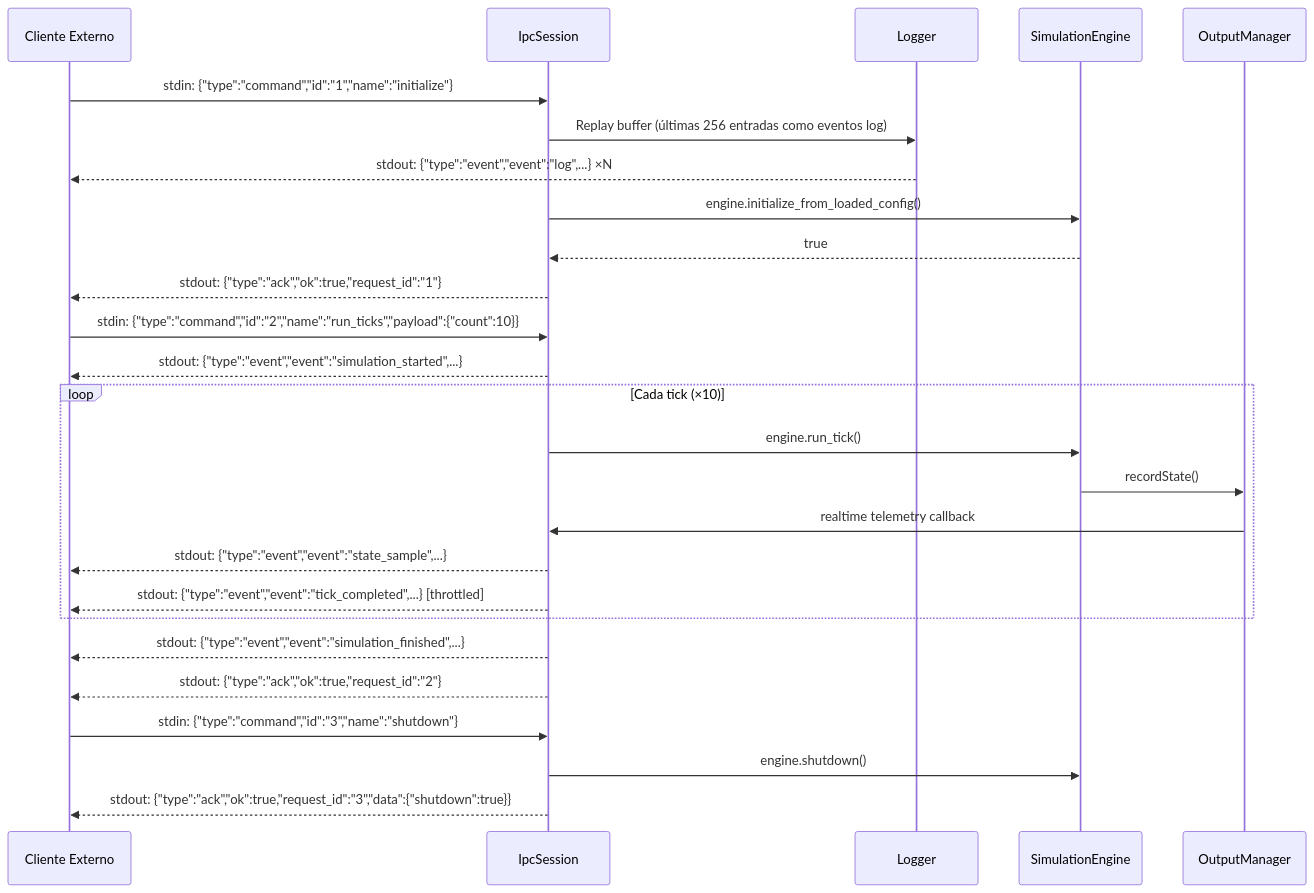
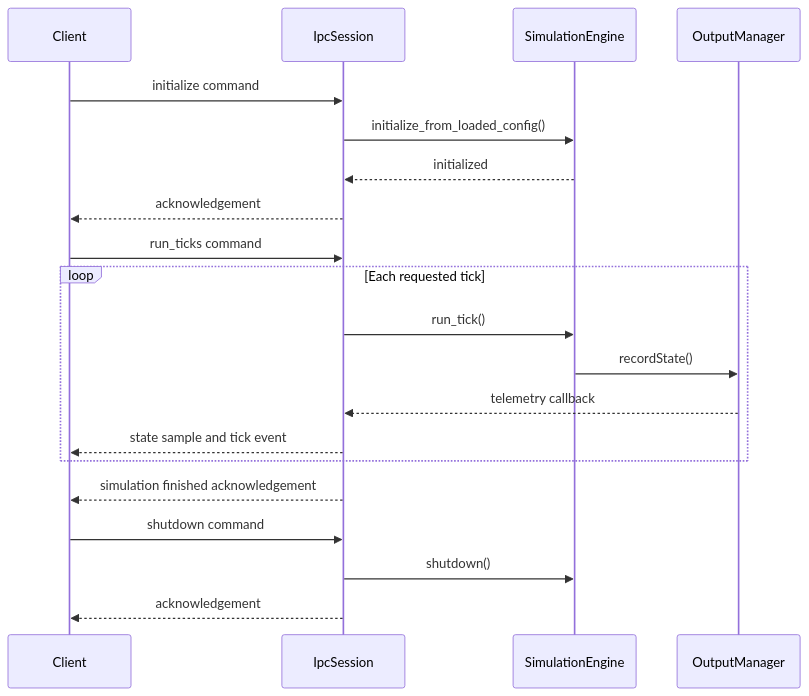
Before and after one commit to ApogeoAerospace/Apogeo: the third of 5 diagrams in docs/ARCHITECTURE_DIAGRAM.md, drawn with Mermaid. The commit also changed other lines of this file and 5 other files, not shown here.

Commit message:
docs: address propulsion architecture review comments

````diff
--- a/docs/ARCHITECTURE_DIAGRAM.md
+++ b/docs/ARCHITECTURE_DIAGRAM.md
@@ -214,34 +68,25 @@
 ```mermaid
 sequenceDiagram
-    participant Client as Cliente Externo
-    participant IPC as IpcSession
-    participant LOG as Logger
-    participant SE as SimulationEngine
-    participant OM as OutputManager
+    participant Client
+    participant Session as IpcSession
+    participant Engine as SimulationEngine
+    participant Output as OutputManager
 
-    Client->>IPC: stdin: {"type":"command","id":"1","name":"initialize"}
-    IPC->>LOG: Replay buffer (últimas 256 entradas como eventos log)
-    LOG-->>Client: stdout: {"type":"event","event":"log",...} ×N
+    Client->>Session: initialize command
+    Session->>Engine: initialize_from_loaded_config()
+    Engine-->>Session: initialized
+    Session-->>Client: acknowledgement
 
-    IPC->>SE: engine.initialize_from_loaded_config()
-    SE-->>IPC: true
-    IPC-->>Client: stdout: {"type":"ack","ok":true,"request_id":"1"}
+    Client->>Session: run_ticks command
+    loop Each requested tick
+        Session->>Engine: run_tick()
+        Engine->>Output: recordState()
+        Output-->>Session: telemetry callback
+        Session-->>Client: state sample and tick event
+    end
+    Session-->>Client: simulation finished acknowledgement
 
-    Client->>IPC: stdin: {"type":"command","id":"2","name":"run_ticks","payload":{"count":10}}
-    IPC-->>Client: stdout: {"type":"event","event":"simulation_started",...}
-
-    loop Cada tick (×10)
-        IPC->>SE: engine.run_tick()
-        SE->>OM: recordState()
-        OM->>IPC: realtime telemetry callback
-        IPC-->>Client: stdout: {"type":"event","event":"state_sample",...}
-        IPC-->>Client: stdout: {"type":"event","event":"tick_completed",...} [throttled]
-    end
-
-    IPC-->>Client: stdout: {"type":"event","event":"simulation_finished",...}
-    IPC-->>Client: stdout: {"type":"ack","ok":true,"request_id":"2"}
-
-    Client->>IPC: stdin: {"type":"command","id":"3","name":"shutdown"}
-    IPC->>SE: engine.shutdown()
-    IPC-->>Client: stdout: {"type":"ack","ok":true,"request_id":"3","data":{"shutdown":true}}
+    Client->>Session: shutdown command
+    Session->>Engine: shutdown()
+    Session-->>Client: acknowledgement
 ```
````
